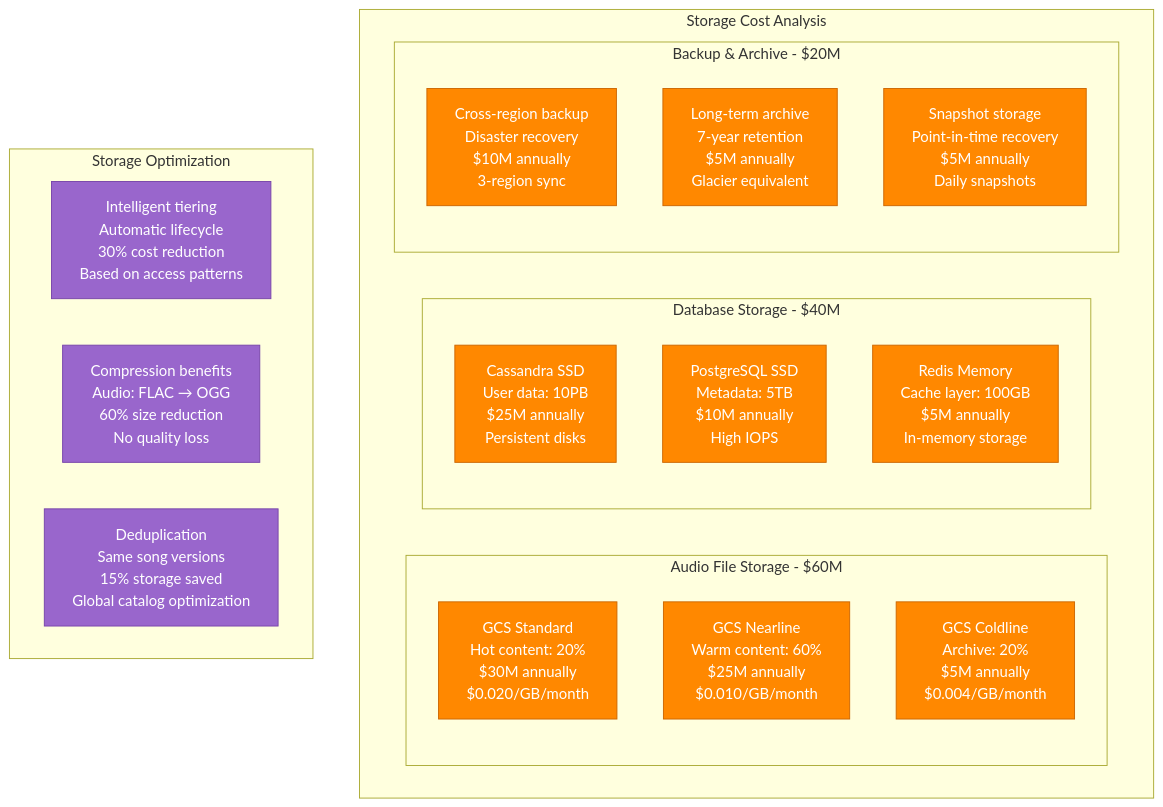
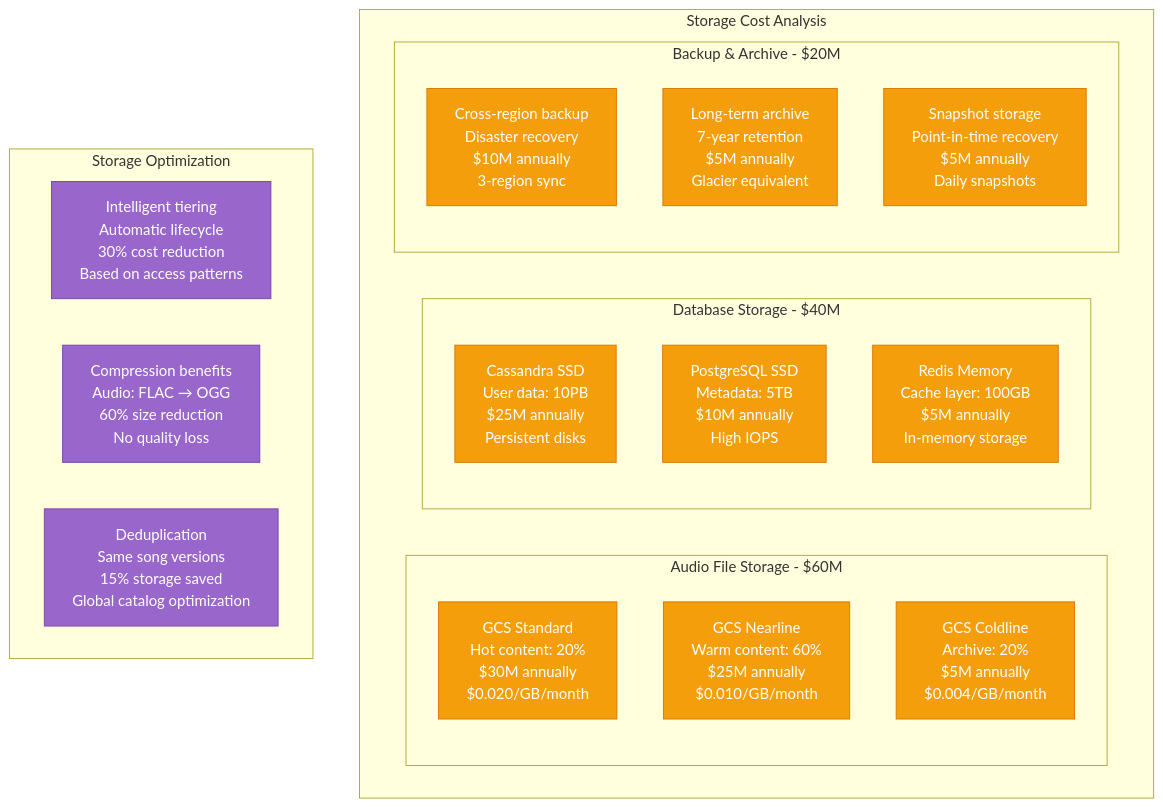
One commit to deepaucksharma/DS changed the fourth of 6 diagrams in site/docs/systems/spotify/cost-breakdown.md. Above: the diagram before and after it, drawn with Mermaid. The commit also changed other lines of this file and 303 other files, not shown here.

````diff
--- a/site/docs/systems/spotify/cost-breakdown.md
+++ b/site/docs/systems/spotify/cost-breakdown.md
@@ -147,43 +147,43 @@
 ```mermaid
 graph TB
     subgraph StorageBreakdown[Storage Cost Analysis]
         subgraph AudioFiles[Audio File Storage - $60M]
             GCSStandard[GCS Standard<br/>Hot content: 20%<br/>$30M annually<br/>$0.020/GB/month]
 
             GCSNearline[GCS Nearline<br/>Warm content: 60%<br/>$25M annually<br/>$0.010/GB/month]
 
             GCSColdline[GCS Coldline<br/>Archive: 20%<br/>$5M annually<br/>$0.004/GB/month]
         end
 
         subgraph DatabaseStorage[Database Storage - $40M]
             CassandraSSD[Cassandra SSD<br/>User data: 10PB<br/>$25M annually<br/>Persistent disks]
 
             PostgreSQLSSD[PostgreSQL SSD<br/>Metadata: 5TB<br/>$10M annually<br/>High IOPS]
 
             RedisMem[Redis Memory<br/>Cache layer: 100GB<br/>$5M annually<br/>In-memory storage]
         end
 
         subgraph BackupSystems[Backup & Archive - $20M]
             CrossRegionBackup[Cross-region backup<br/>Disaster recovery<br/>$10M annually<br/>3-region sync]
 
             LongTermArchive[Long-term archive<br/>7-year retention<br/>$5M annually<br/>Glacier equivalent]
 
             SnapshotStorage[Snapshot storage<br/>Point-in-time recovery<br/>$5M annually<br/>Daily snapshots]
         end
     end
 
     %% Storage optimization metrics
     subgraph StorageOptimization[Storage Optimization]
         TieringStrategy[Intelligent tiering<br/>Automatic lifecycle<br/>30% cost reduction<br/>Based on access patterns]
 
         CompressionRatio[Compression benefits<br/>Audio: FLAC → OGG<br/>60% size reduction<br/>No quality loss]
 
         DeduplicationSavings[Deduplication<br/>Same song versions<br/>15% storage saved<br/>Global catalog optimization]
     end
 
-    classDef storageStyle fill:#FF8800,stroke:#CC6600,color:#fff
+    classDef storageStyle fill:#F59E0B,stroke:#D97706,color:#fff
     classDef optimizationStyle fill:#9966CC,stroke:#7744AA,color:#fff
 
     class GCSStandard,GCSNearline,GCSColdline,CassandraSSD,PostgreSQLSSD,RedisMem,CrossRegionBackup,LongTermArchive,SnapshotStorage storageStyle
     class TieringStrategy,CompressionRatio,DeduplicationSavings optimizationStyle
 ```
````
